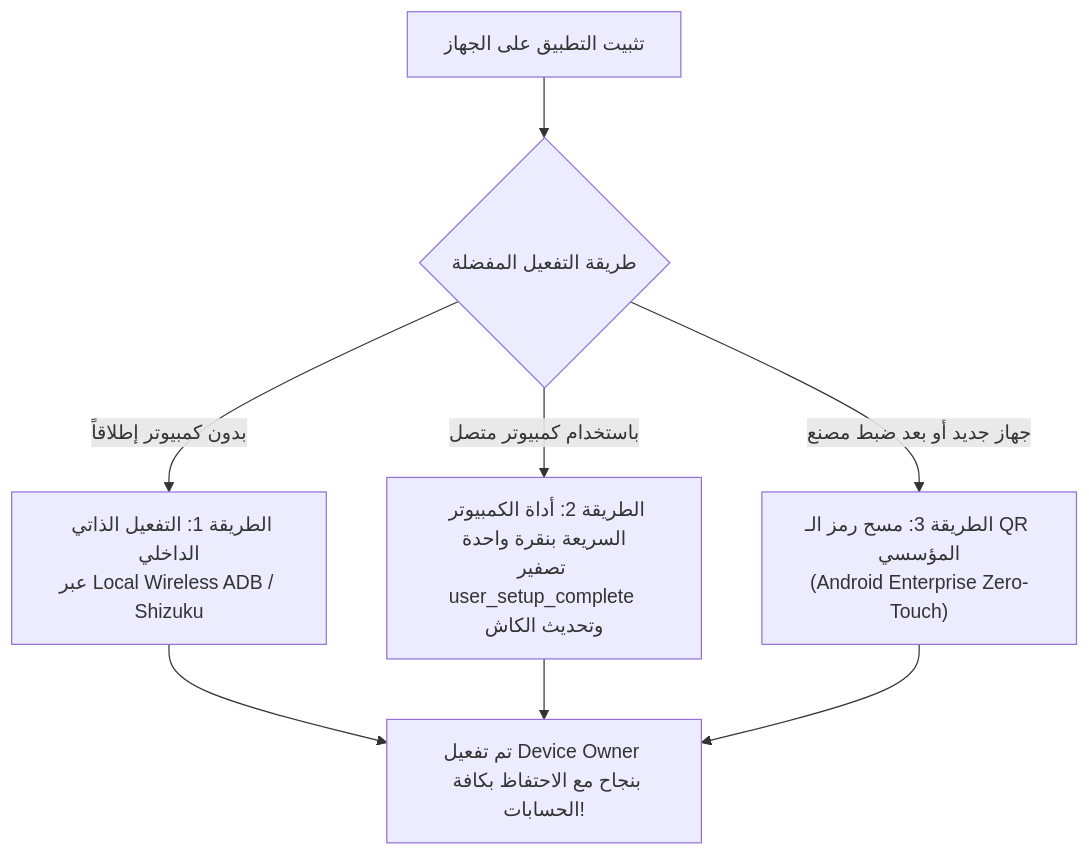
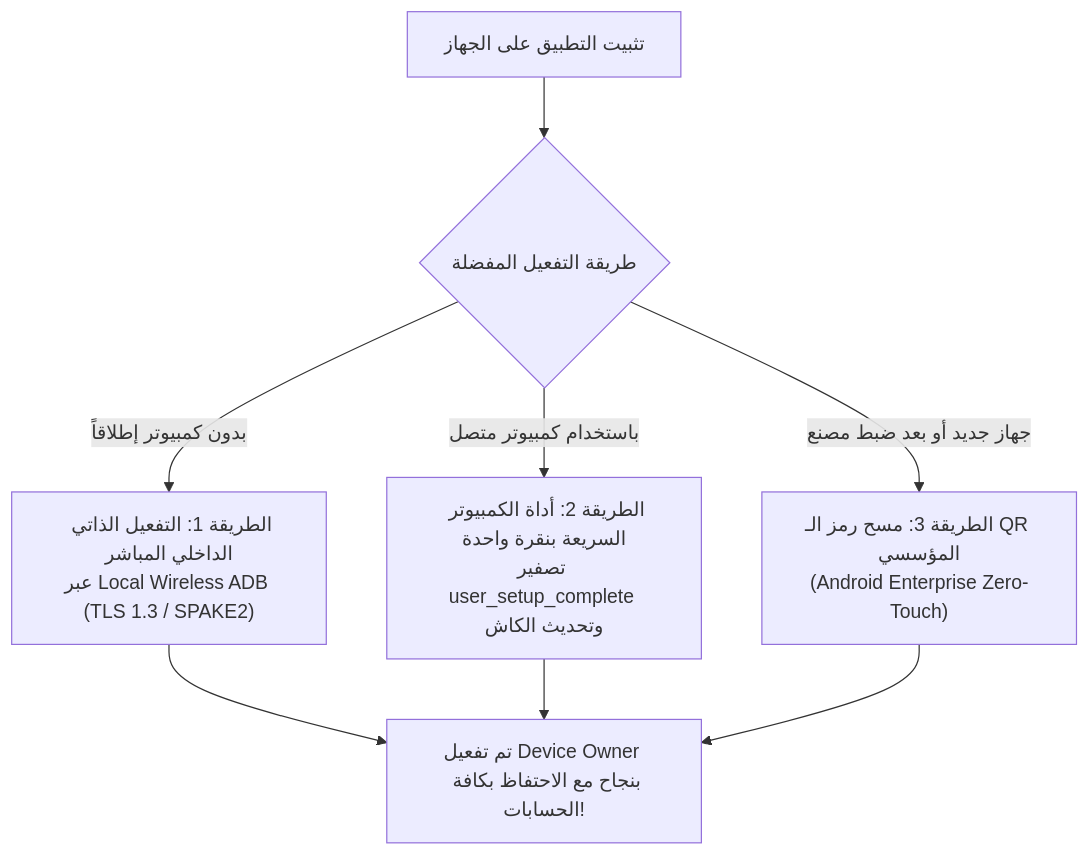
Before and after one commit to dr-mohammed-hamed/antiporn: the second of 2 diagrams in README.ar.md, drawn with Mermaid. The commit also changed other lines of this file and 16 other files, not shown here.

````diff
--- a/README.ar.md
+++ b/README.ar.md
@@ -226,12 +226,12 @@
 ```mermaid
 graph TD
     Start["تثبيت التطبيق على الجهاز"] --> Choice{"طريقة التفعيل المفضلة"}
     
-    Choice -->|بدون كمبيوتر إطلاقاً| ShizukuWay["الطريقة 1: التفعيل الذاتي الداخلي<br/>عبر Local Wireless ADB / Shizuku"]
+    Choice -->|بدون كمبيوتر إطلاقاً| AdbWay["الطريقة 1: التفعيل الذاتي الداخلي المباشر<br/>عبر Local Wireless ADB (TLS 1.3 / SPAKE2)"]
     Choice -->|باستخدام كمبيوتر متصل| PCWay["الطريقة 2: أداة الكمبيوتر السريعة بنقرة واحدة<br/>تصفير user_setup_complete وتحديث الكاش"]
     Choice -->|جهاز جديد أو بعد ضبط مصنع| QRWay["الطريقة 3: مسح رمز الـ QR المؤسسي<br/>(Android Enterprise Zero-Touch)"]
     
-    ShizukuWay --> Success["تم تفعيل Device Owner بنجاح مع الاحتفاظ بكافة الحسابات!"]
+    AdbWay --> Success["تم تفعيل Device Owner بنجاح مع الاحتفاظ بكافة الحسابات!"]
     PCWay --> Success
     QRWay --> Success
 ```
````
